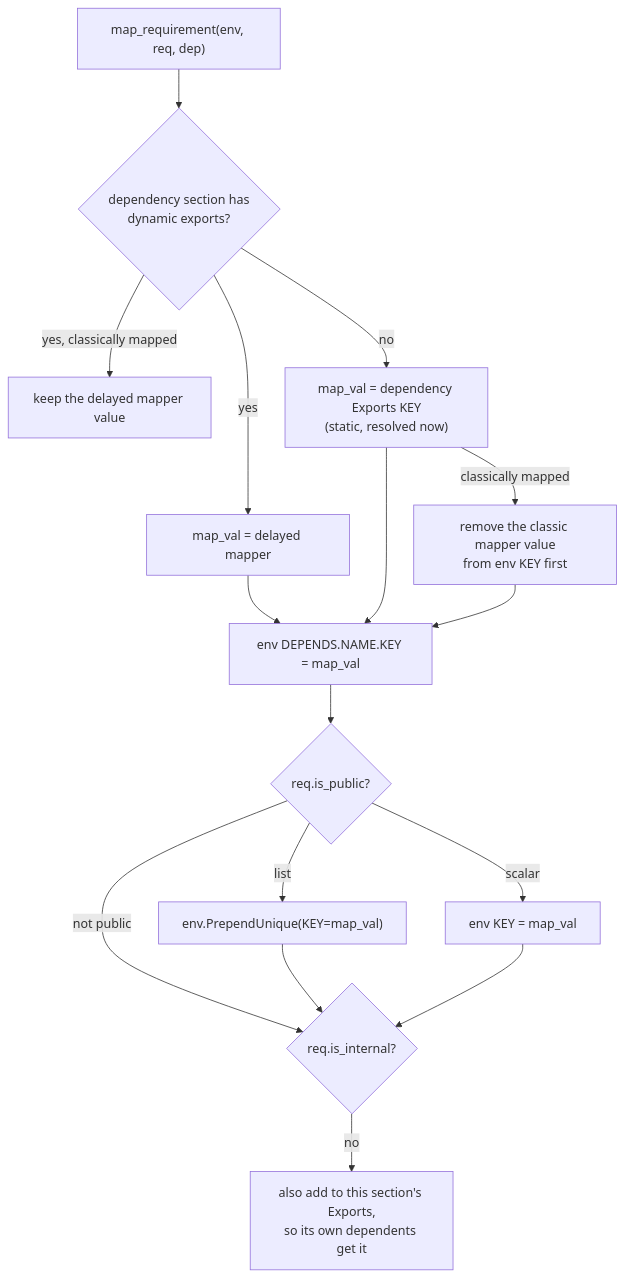
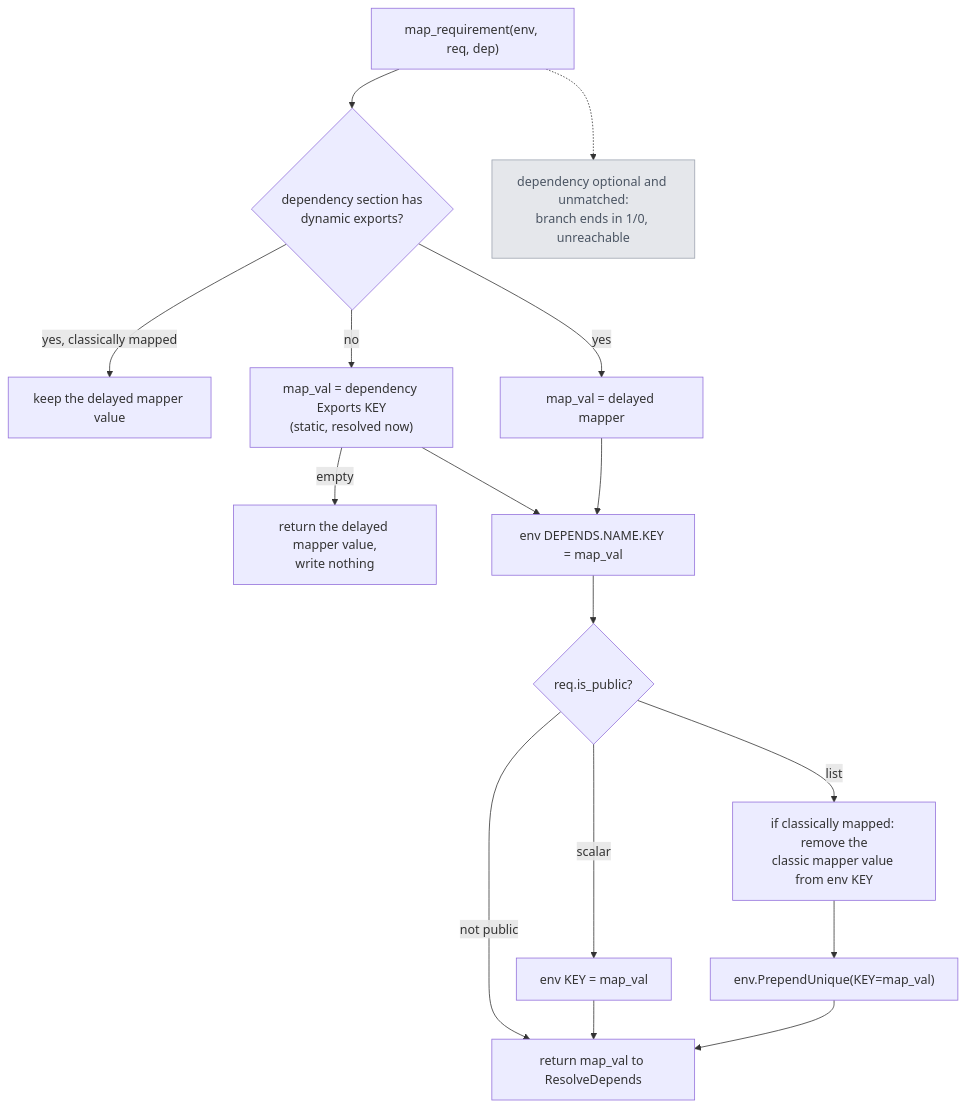
The fifth of 6 diagrams in doc/architecture/04-sections-and-dependencies.md (sconsparts/parts), drawn with Mermaid before and after one commit. The commit also changed other lines of this file and 8 other files, not shown here.

First line of the commit message:
Correct the architecture maps after an order-and-attribution review

````diff
--- a/doc/architecture/04-sections-and-dependencies.md
+++ b/doc/architecture/04-sections-and-dependencies.md
@@ -98,18 +99,19 @@
 ```mermaid
 flowchart TD
     A["map_requirement(env, req, dep)"] --> B{"dependency section has<br/>dynamic exports?"}
     B -->|"yes, classically mapped"| B1["keep the delayed mapper value"]
     B -->|"yes"| B2["map_val = delayed mapper"]
     B -->|"no"| C["map_val = dependency Exports KEY<br/>(static, resolved now)"]
-    C -->|"classically mapped"| C1["remove the classic mapper value<br/>from env KEY first"]
+    C -->|"empty"| CE["return the delayed mapper value,<br/>write nothing"]
     B2 --> N
     C --> N["env DEPENDS.NAME.KEY = map_val"]
-    C1 --> N
     N --> P{"req.is_public?"}
-    P -->|"list"| P1["env.PrependUnique(KEY=map_val)"]
+    P -->|"list"| C1["if classically mapped: remove the<br/>classic mapper value from env KEY"]
+    C1 --> P1["env.PrependUnique(KEY=map_val)"]
     P -->|"scalar"| P2["env KEY = map_val"]
-    P -->|"not public"| X
-    P1 --> X{"req.is_internal?"}
-    P2 --> X
-    X -->|"no"| X1["also add to this section's Exports,<br/>so its own dependents get it"]
+    P1 --> R["return map_val to ResolveDepends"]
+    P2 --> R
+    P -->|"not public"| R
+    A -.-> O["dependency optional and unmatched:<br/>branch ends in 1/0, unreachable"]:::dead
+    classDef dead fill:#e5e7eb,stroke:#9ca3af,color:#4b5563
 ```
````
